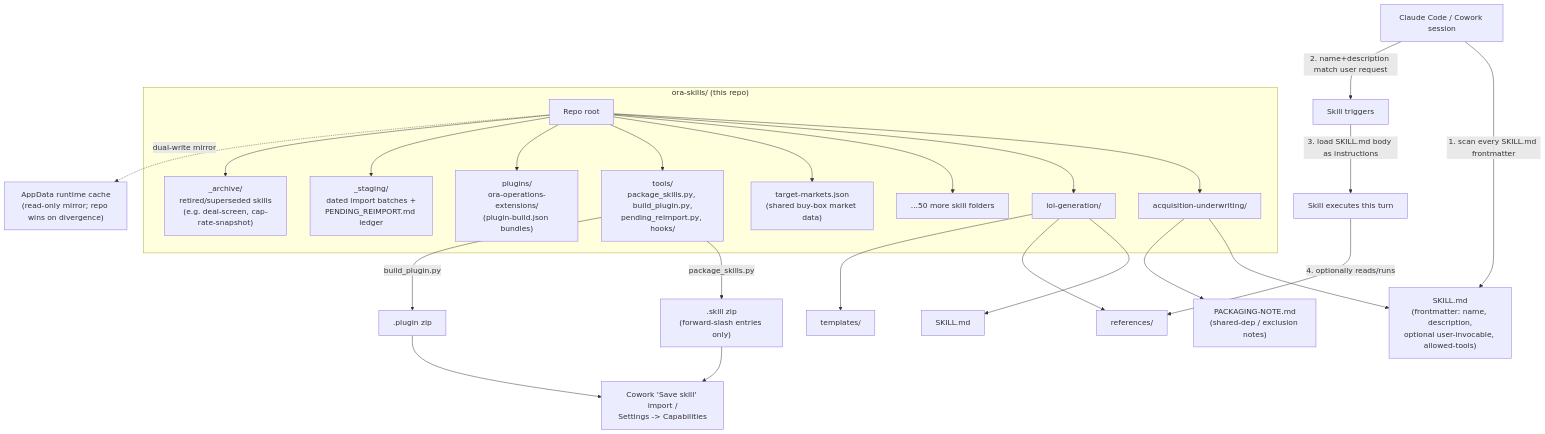
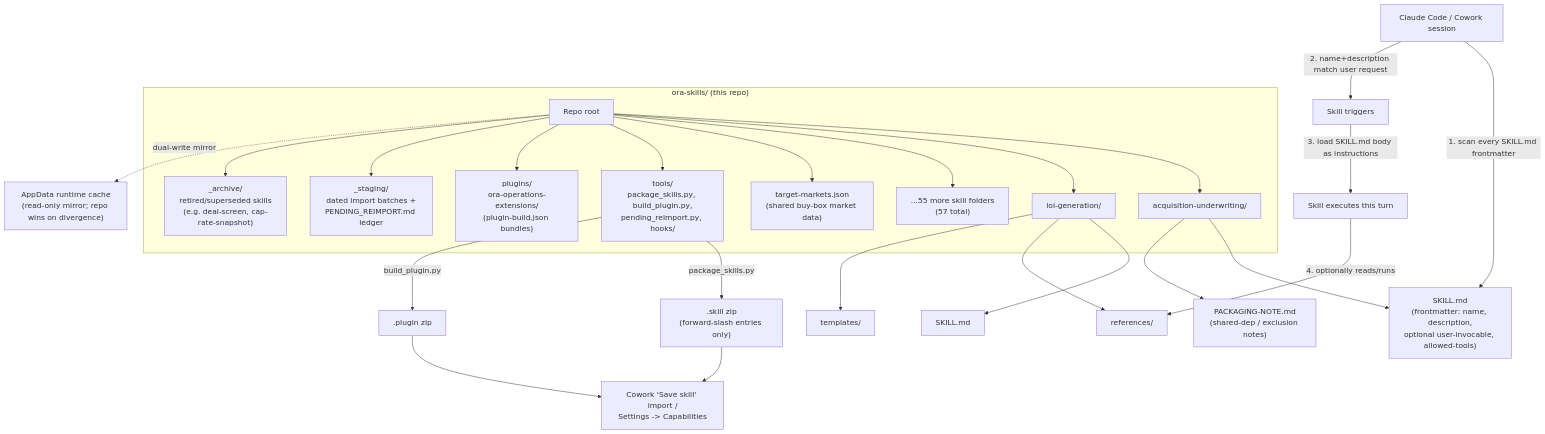
Before and after one commit to ZeOoba/ora-skills: the diagram in README.md, drawn with Mermaid. The commit also changed other lines of this file, not shown here.

First line of the commit message:
docs: fix stale skill-folder count in README architecture diagram

````diff
--- a/README.md
+++ b/README.md
@@ -30,40 +30,40 @@
 ```mermaid
 flowchart TD
     subgraph Repo["ora-skills/ (this repo)"]
         Root["Repo root"]
         S1["acquisition-underwriting/"]
         S2["loi-generation/"]
-        S3["...50 more skill folders"]
+        S3["...55 more skill folders\n(57 total)"]
         Shared["target-markets.json\n(shared buy-box market data)"]
         Tools["tools/\npackage_skills.py, build_plugin.py,\npending_reimport.py, hooks/"]
         Plugins["plugins/\nora-operations-extensions/\n(plugin-build.json bundles)"]
         Staging["_staging/\ndated import batches +\nPENDING_REIMPORT.md ledger"]
         Archive["_archive/\nretired/superseded skills\n(e.g. deal-screen, cap-rate-snapshot)"]
     end
 
     Root --> S1
     Root --> S2
     Root --> S3
     Root --> Shared
     Root --> Tools
     Root --> Plugins
     Root --> Staging
     Root --> Archive
 
     S1 --> F1["SKILL.md\n(frontmatter: name, description,\noptional user-invocable, allowed-tools)"]
     S1 --> P1["PACKAGING-NOTE.md\n(shared-dep / exclusion notes)"]
     S2 --> F2["SKILL.md"]
     S2 --> R2["references/"]
     S2 --> T2["templates/"]
 
     Tools -- "package_skills.py <outdir>" --> Skillzip[".skill zip\n(forward-slash entries only)"]
     Tools -- "build_plugin.py <plugin>" --> Pluginzip[".plugin zip"]
     Skillzip --> Cowork["Cowork 'Save skill' import /\nSettings -> Capabilities"]
     Pluginzip --> Cowork
     Root -. "dual-write mirror" .-> AppData["AppData runtime cache\n(read-only mirror; repo wins on divergence)"]
 
     Session["Claude Code / Cowork session"] -- "1. scan every SKILL.md frontmatter" --> F1
     Session -- "2. name+description match user request" --> Trigger["Skill triggers"]
     Trigger -- "3. load SKILL.md body as instructions" --> Exec["Skill executes this turn"]
     Exec -- "4. optionally reads/runs" --> R2
 ```
````
